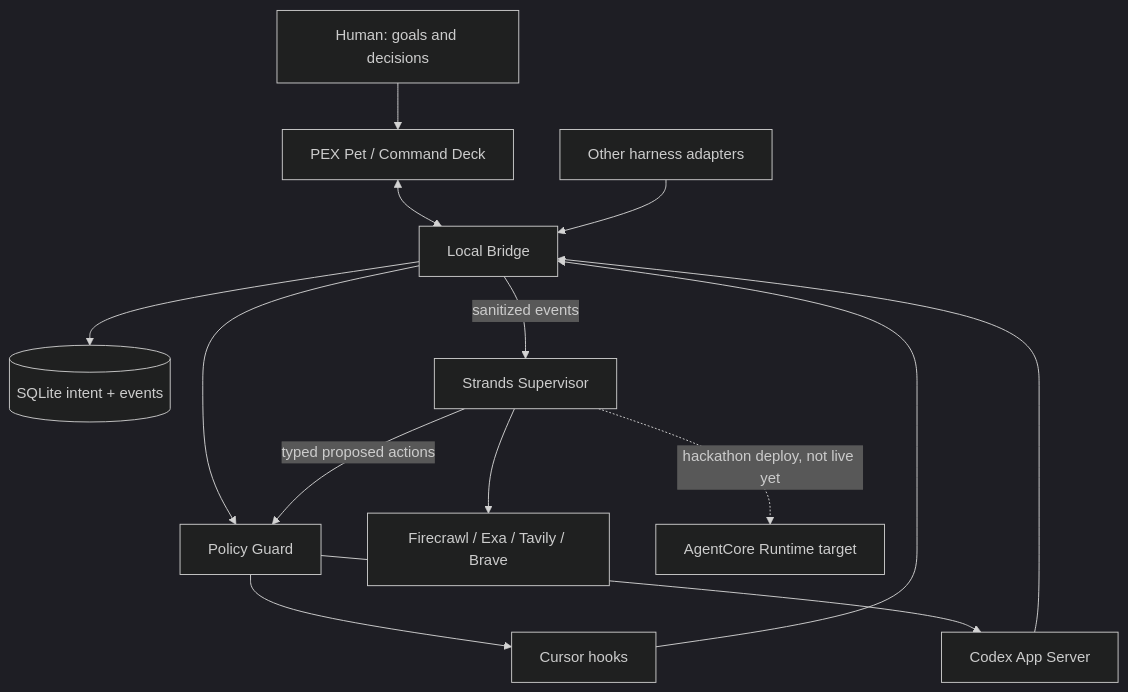
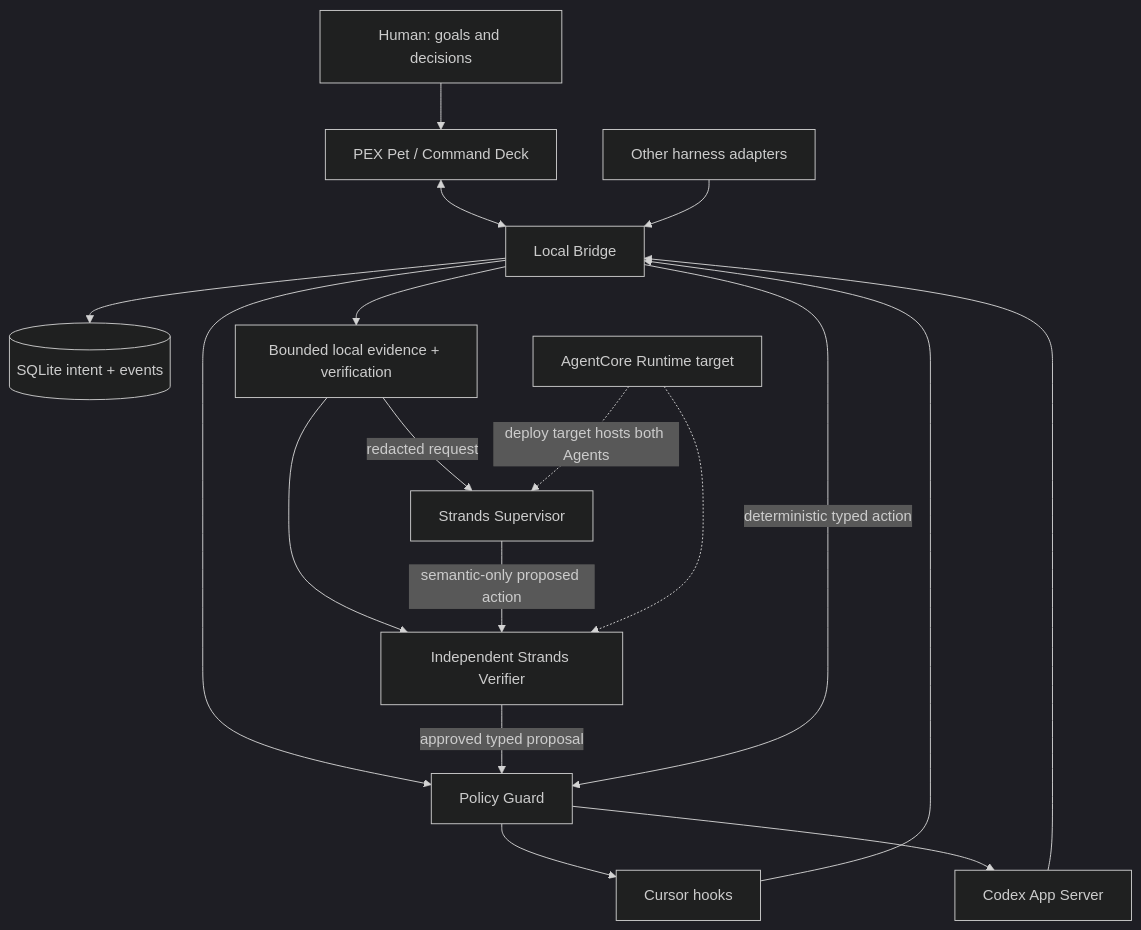
The diagram in docs/architecture/overview.md (josepha-mayo/pex), drawn with Mermaid (dark theme) before and after one commit. The commit also changed other lines of this file and 361 other files, not shown here.

````diff
--- a/docs/architecture/overview.md
+++ b/docs/architecture/overview.md
@@ -5,28 +5,33 @@
 ```mermaid
 flowchart TB
   human[Human: goals and decisions]
   pet[PEX Pet / Command Deck]
   bridge[Local Bridge]
   policy[Policy Guard]
   store[(SQLite intent + events)]
   cursor[Cursor hooks]
   codex[Codex App Server]
   other[Other harness adapters]
   strands[Strands Supervisor]
-  search[Firecrawl / Exa / Tavily / Brave]
+  verifier[Independent Strands Verifier]
+  evidence[Bounded local evidence + verification]
   runtime[AgentCore Runtime target]
 
   human --> pet
   pet <--> bridge
   cursor --> bridge
   codex --> bridge
   other --> bridge
   bridge --> store
   bridge --> policy
   policy --> cursor
   policy --> codex
-  bridge -->|sanitized events| strands
-  strands --> search
-  strands -->|typed proposed actions| policy
-  strands -.->|hackathon deploy, not live yet| runtime
+  bridge --> evidence
+  evidence -->|redacted request| strands
+  evidence --> verifier
+  strands -->|semantic-only proposed action| verifier
+  verifier -->|approved typed proposal| policy
+  bridge -->|deterministic typed action| policy
+  runtime -.->|deploy target hosts both Agents| strands
+  runtime -.-> verifier
 ```
````
